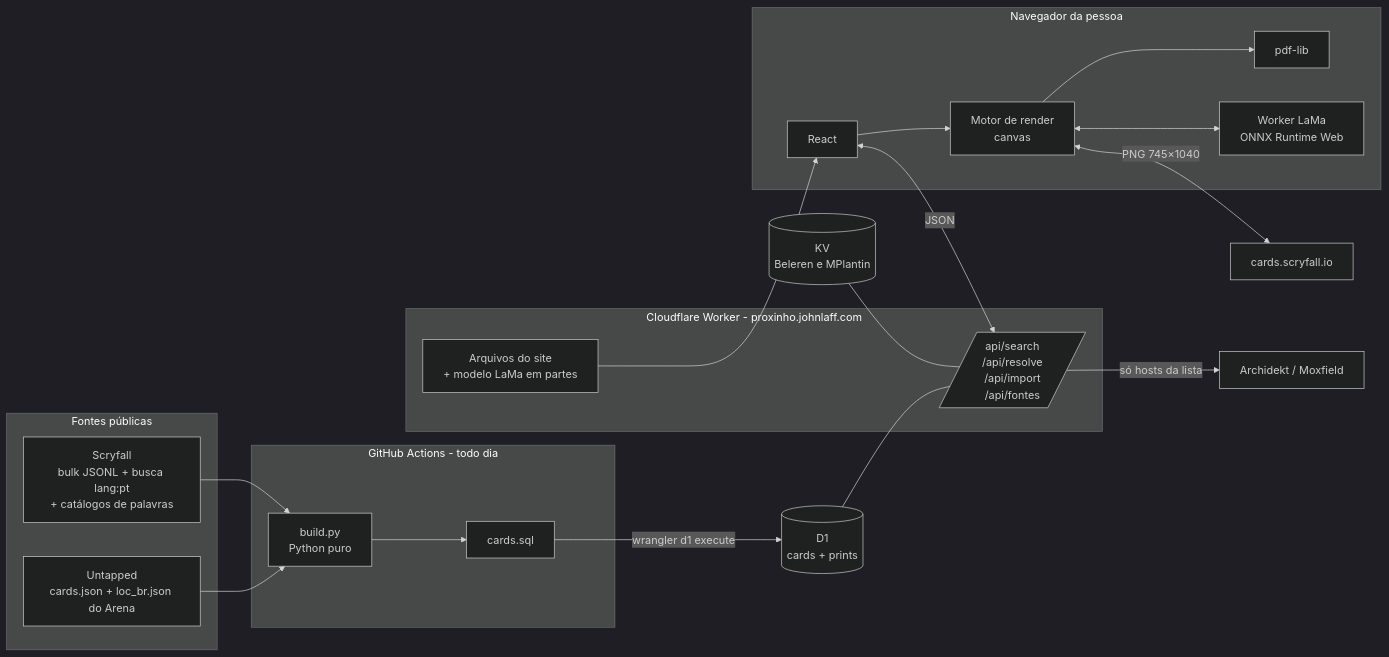
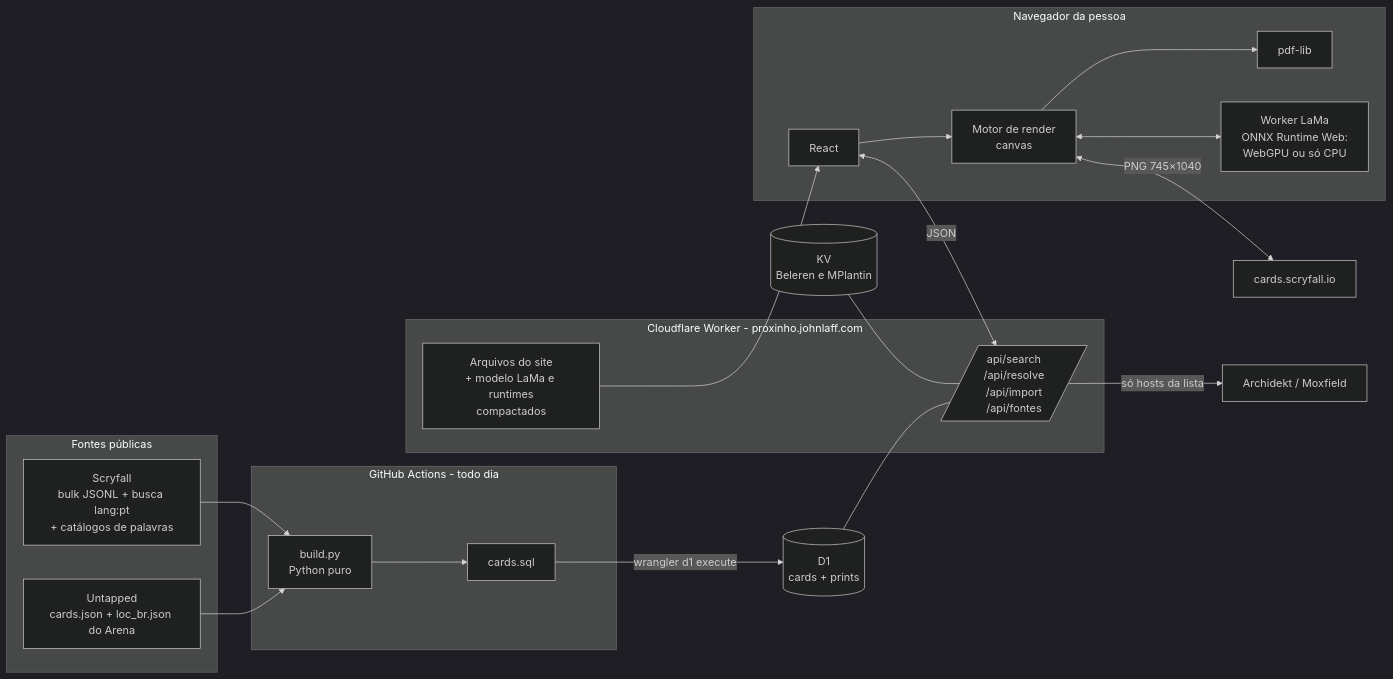
One commit to johnlaff/Proxinho changed the diagram in docs/arquitetura.md. Above: the diagram before and after it, drawn with Mermaid (dark theme). The commit also changed other lines of this file and 31 other files, not shown here.

````diff
--- a/docs/arquitetura.md
+++ b/docs/arquitetura.md
@@ -5,28 +5,28 @@
 ```mermaid
 flowchart LR
   subgraph Fontes públicas
     S[Scryfall<br/>bulk JSONL + busca lang:pt<br/>+ catálogos de palavras]
     U[Untapped<br/>cards.json + loc_br.json do Arena]
   end
   subgraph GitHub Actions - todo dia
     P[build.py<br/>Python puro] --> SQL[cards.sql]
   end
   S --> P
   U --> P
   SQL -->|wrangler d1 execute| D1[(D1<br/>cards + prints)]
   subgraph Cloudflare Worker - proxinho.johnlaff.com
     A[/api/search<br/>/api/resolve<br/>/api/import<br/>/api/fontes/]
-    ST[Arquivos do site<br/>+ modelo LaMa em partes]
+    ST[Arquivos do site<br/>+ modelo LaMa e runtimes<br/>compactados]
   end
   D1 --- A
   KV[(KV<br/>Beleren e MPlantin)] --- A
   subgraph Navegador da pessoa
     UI[React] --> E[Motor de render<br/>canvas]
     E --> PDF[pdf-lib]
-    E <--> LW[Worker LaMa<br/>ONNX Runtime Web]
+    E <--> LW[Worker LaMa<br/>ONNX Runtime Web:<br/>WebGPU ou só CPU]
   end
   UI <-->|JSON| A
   ST --> UI
   E <-->|PNG 745×1040| CDN[cards.scryfall.io]
   A -->|só hosts da lista| AR[Archidekt / Moxfield]
 ```
````
